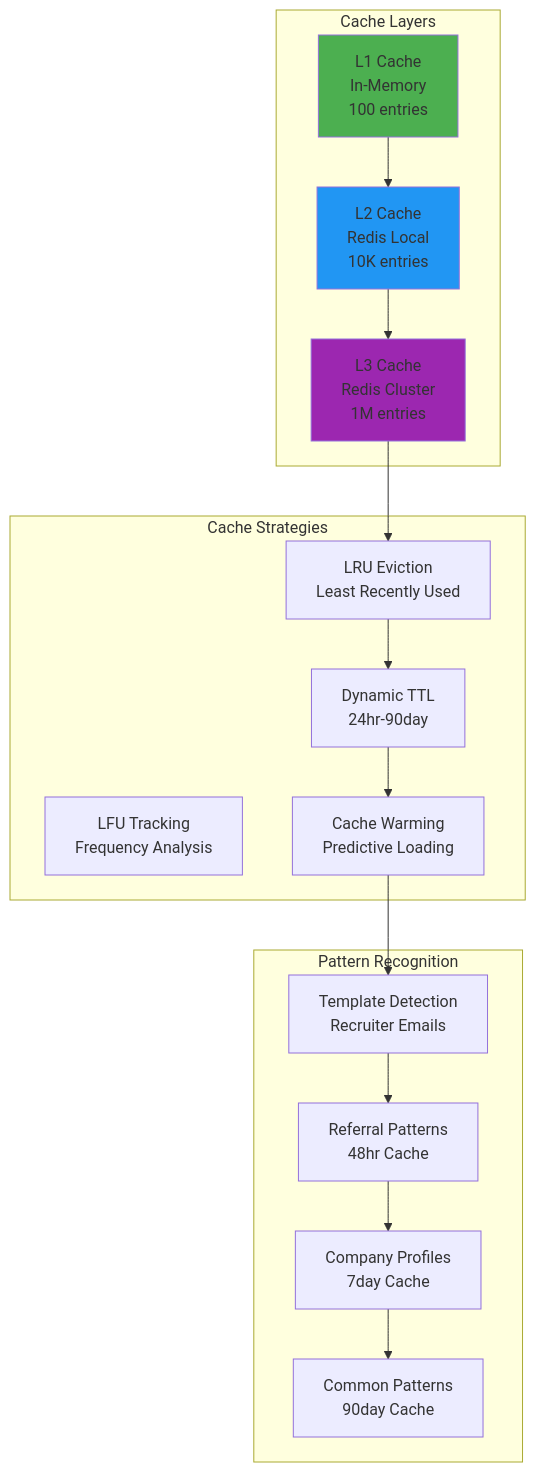
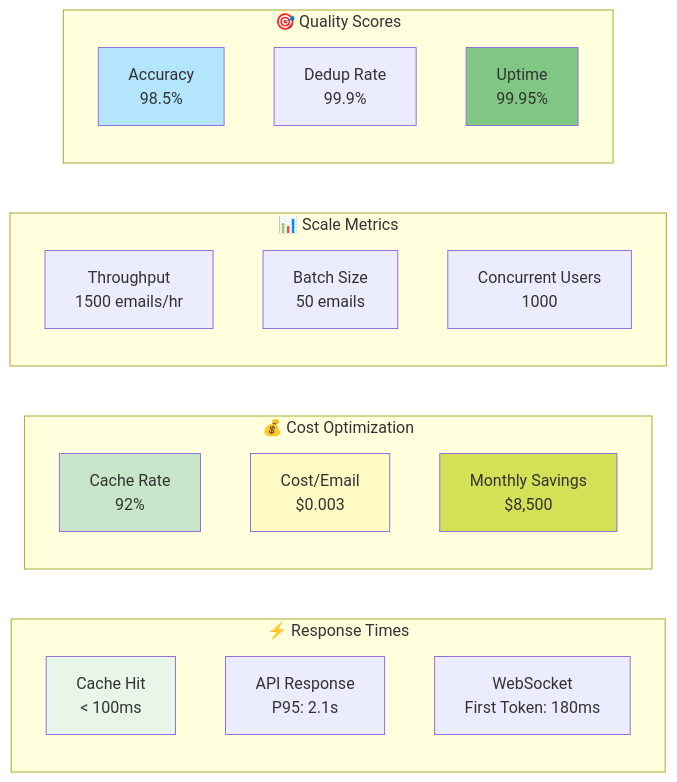
The tenth of 13 diagrams in ARCHITECTURE.md (romiteld/ZohoDealCreation), drawn with Mermaid before and after one commit. The commit also changed other lines of this file and 2 other files, not shown here.

First line of the commit message:
Architecture: Update C4 diagrams to accurately reflect codebase and Azure infrastructure

````diff
--- a/ARCHITECTURE.md
+++ b/ARCHITECTURE.md
@@ -361,36 +570,33 @@
 ```mermaid
-graph TB
-    subgraph "Cache Layers"
-        L1[L1 Cache<br/>In-Memory<br/>100 entries]
-        L2[L2 Cache<br/>Redis Local<br/>10K entries]
-        L3[L3 Cache<br/>Redis Cluster<br/>1M entries]
+graph LR
+    subgraph "⚡ Response Times"
+        A[Cache Hit<br/>< 100ms] 
+        B[API Response<br/>P95: 2.1s]
+        C[WebSocket<br/>First Token: 180ms]
     end
     
-    subgraph "Cache Strategies"
-        LRU[LRU Eviction<br/>Least Recently Used]
-        LFU[LFU Tracking<br/>Frequency Analysis]
-        TTL[Dynamic TTL<br/>24hr-90day]
-        WARM[Cache Warming<br/>Predictive Loading]
+    subgraph "💰 Cost Optimization"
+        D[Cache Rate<br/>92%]
+        E[Cost/Email<br/>$0.003]
+        F[Monthly Savings<br/>$8,500]
     end
     
-    subgraph "Pattern Recognition"
-        TEMPLATE[Template Detection<br/>Recruiter Emails]
-        REFERRAL[Referral Patterns<br/>48hr Cache]
-        COMPANY[Company Profiles<br/>7day Cache]
-        COMMON[Common Patterns<br/>90day Cache]
+    subgraph "📊 Scale Metrics"
+        G[Throughput<br/>1500 emails/hr]
+        H[Batch Size<br/>50 emails]
+        I[Concurrent Users<br/>1000]
     end
     
-    L1 --> L2
-    L2 --> L3
-    L3 --> LRU
-    LRU --> TTL
-    TTL --> WARM
-    WARM --> TEMPLATE
-    TEMPLATE --> REFERRAL
-    REFERRAL --> COMPANY
-    COMPANY --> COMMON
+    subgraph "🎯 Quality Scores"
+        J[Accuracy<br/>98.5%]
+        K[Dedup Rate<br/>99.9%]
+        L[Uptime<br/>99.95%]
+    end
     
-    style L1 fill:#4CAF50
-    style L2 fill:#2196F3
-    style L3 fill:#9C27B0
+    style A fill:#e8f5e9
+    style D fill:#c8e6c9
+    style E fill:#fff9c4
+    style F fill:#d4e157
+    style J fill:#b3e5fc
+    style L fill:#81c784
 ```
````
